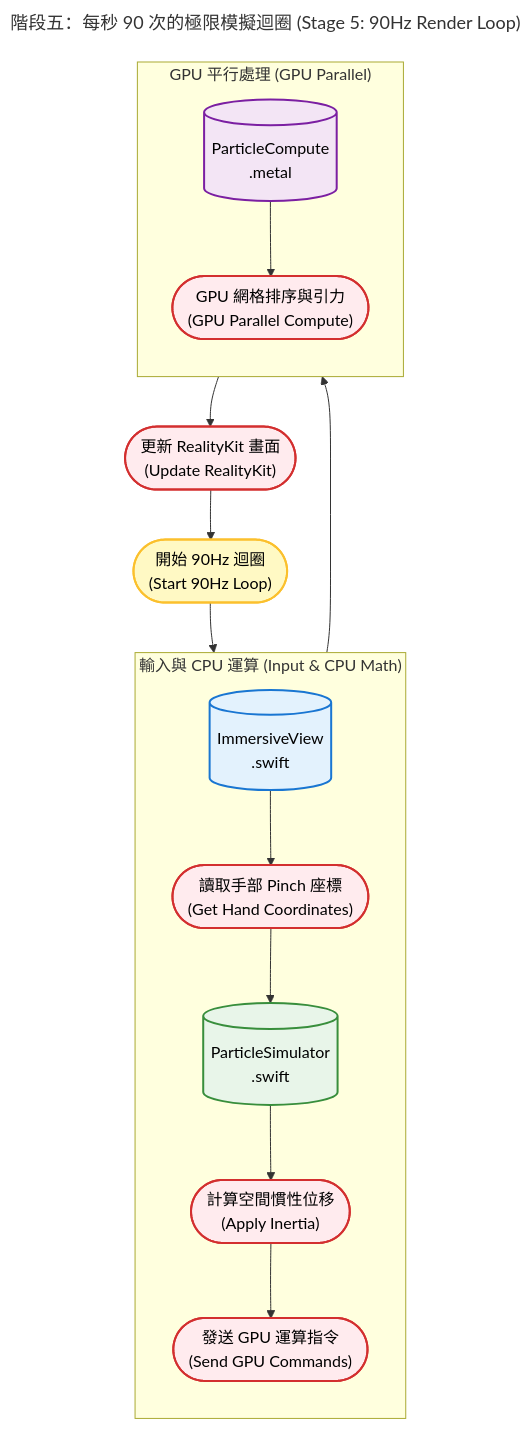
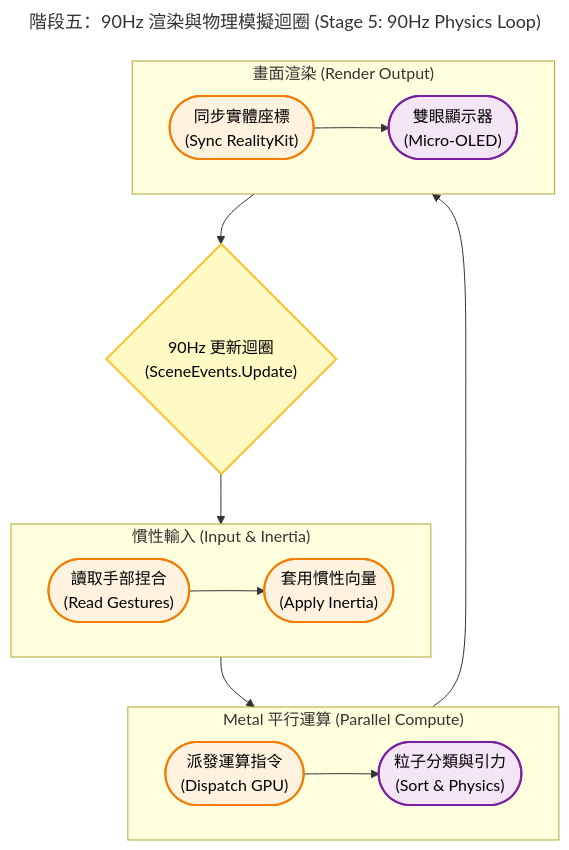
Before and after one commit to lennox0909/ParticleVision: the fifth of 5 diagrams in README.md, drawn with Mermaid. The commit also changed other lines of this file, not shown here.

````diff
--- a/README.md
+++ b/README.md
@@ -346,39 +283,37 @@
 ```mermaid
 ---
-title: "階段五：每秒 90 次的極限模擬迴圈 (Stage 5: 90Hz Render Loop)"
+title: "階段五：90Hz 渲染與物理模擬迴圈 (Stage 5: 90Hz Physics Loop)"
 ---
 flowchart TD
-    classDef default fill:#fafafa,stroke:#333,stroke-width:2px,color:#333;
-    classDef uiFile fill:#e3f2fd,stroke:#1976d2,stroke-width:2px,color:#000;
-    classDef engineFile fill:#e8f5e9,stroke:#388e3c,stroke-width:2px,color:#000;
-    classDef metalFile fill:#f3e5f5,stroke:#7b1fa2,stroke-width:2px,color:#000;
-    classDef action fill:#ffebee,stroke:#d32f2f,stroke-width:2px,color:#000;
-    classDef loop fill:#fff9c4,stroke:#fbc02d,stroke-width:2px,color:#000;
+    classDef loopNode fill:#fff9c4,stroke:#fbc02d,stroke-width:2px,color:#000;
+    classDef actionNode fill:#fff3e0,stroke:#f57c00,stroke-width:2px,color:#000;
+    classDef hardware fill:#f3e5f5,stroke:#7b1fa2,stroke-width:2px,color:#000;
 
-    L(["開始 90Hz 迴圈<br/>(Start 90Hz Loop)"]):::loop
+    L1{"90Hz 更新迴圈<br/>(SceneEvents.Update)"}:::loopNode
 
-    subgraph "輸入與 CPU 運算 (Input & CPU Math)"
-        direction TB
-        F_Imm[("ImmersiveView<br/>.swift")]:::uiFile
-        A1(["讀取手部 Pinch 座標<br/>(Get Hand Coordinates)"]):::action
-        F_Sim[("ParticleSimulator<br/>.swift")]:::engineFile
-        A2(["計算空間慣性位移<br/>(Apply Inertia)"]):::action
-        A3(["發送 GPU 運算指令<br/>(Send GPU Commands)"]):::action
-        
-        F_Imm --> A1 --> F_Sim --> A2 --> A3
+    subgraph "慣性輸入 (Input & Inertia)"
+        direction LR
+        A1(["讀取手部捏合<br/>(Read Gestures)"]):::actionNode
+        A2(["套用慣性向量<br/>(Apply Inertia)"]):::actionNode
+        A1 --> A2
+    end
+
+    subgraph "Metal 平行運算 (Parallel Compute)"
+        direction LR
+        A3(["派發運算指令<br/>(Dispatch GPU)"]):::actionNode
+        A4(["粒子分類與引力<br/>(Sort & Physics)"]):::hardware
+        A3 --> A4
     end
     
-    subgraph "GPU 平行處理 (GPU Parallel)"
-        direction TB
-        F_Metal[("ParticleCompute<br/>.metal")]:::metalFile
-        A4(["GPU 網格排序與引力<br/>(GPU Parallel Compute)"]):::action
-        F_Metal --> A4
+    subgraph "畫面渲染 (Render Output)"
+        direction LR
+        A5(["同步實體座標<br/>(Sync RealityKit)"]):::actionNode
+        HW_Disp(["雙眼顯示器<br/>(Micro-OLED)"]):::hardware
+        A5 --> HW_Disp
     end
-    
-    A5(["更新 RealityKit 畫面<br/>(Update RealityKit)"]):::action
 
-    L --> F_Imm
-    A3 --> F_Metal
+    L1 --> A1
+    A2 --> A3
     A4 --> A5
-    A5 --> L
+    A5 --> L1
 ```
````
